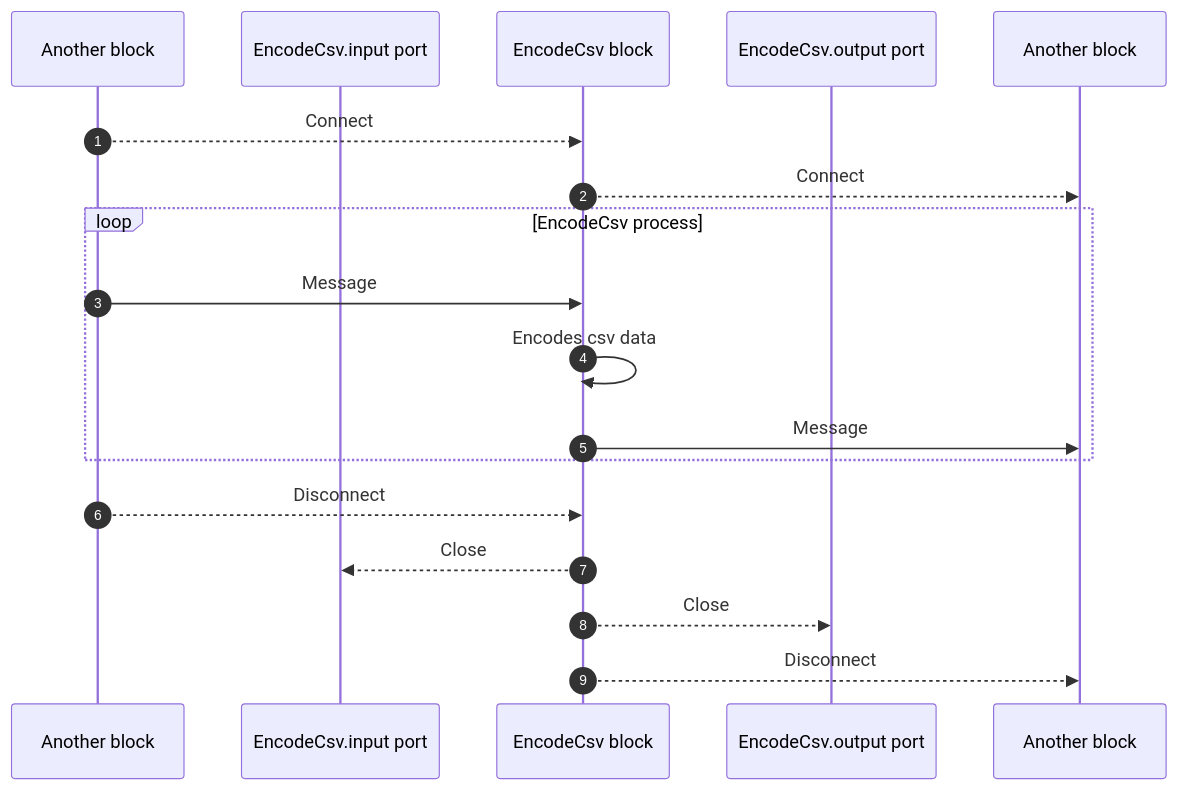
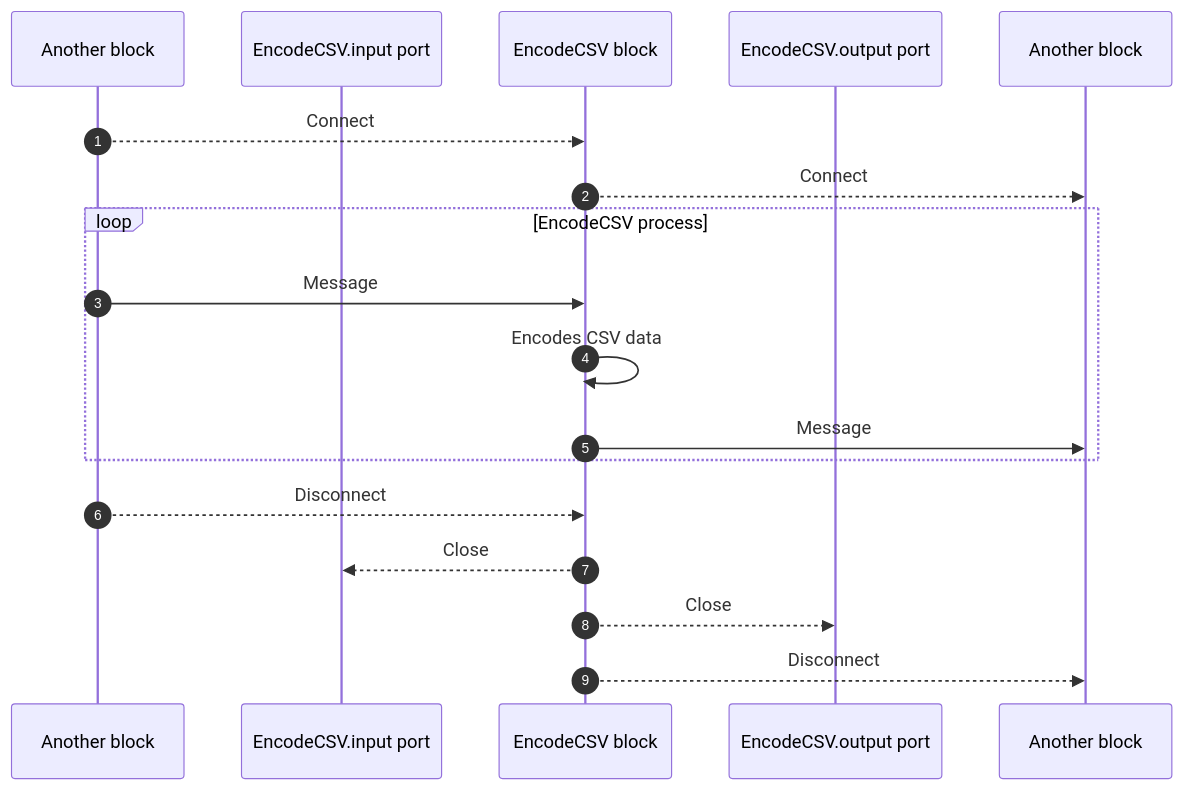
One commit to AsimovPlatform/protoflow changed the diagram in lib/protoflow-blocks/doc/text/encode_csv.seq.mmd. Above: the diagram before and after it, drawn with Mermaid. The commit also changed 11 other files, not shown here.

```diff
--- a/lib/protoflow-blocks/doc/text/encode_csv.seq.mmd
+++ b/lib/protoflow-blocks/doc/text/encode_csv.seq.mmd
@@ -1,21 +1,21 @@
 sequenceDiagram
     autonumber
     participant BlockA as Another block
-    participant EncodeCsv.input as EncodeCsv.input port
-    participant EncodeCsv as EncodeCsv block
-    participant EncodeCsv.output as EncodeCsv.output port
+    participant EncodeCSV.input as EncodeCSV.input port
+    participant EncodeCSV as EncodeCSV block
+    participant EncodeCSV.output as EncodeCSV.output port
     participant BlockB as Another block
 
-    BlockA-->>EncodeCsv: Connect
-    EncodeCsv-->>BlockB: Connect
+    BlockA-->>EncodeCSV: Connect
+    EncodeCSV-->>BlockB: Connect
 
-    loop EncodeCsv process
-        BlockA->>EncodeCsv: Message
-        EncodeCsv->>EncodeCsv: Encodes csv data
-        EncodeCsv->>BlockB: Message
+    loop EncodeCSV process
+        BlockA->>EncodeCSV: Message
+        EncodeCSV->>EncodeCSV: Encodes CSV data
+        EncodeCSV->>BlockB: Message
     end
 
-    BlockA-->>EncodeCsv: Disconnect
-    EncodeCsv-->>EncodeCsv.input: Close
-    EncodeCsv-->>EncodeCsv.output: Close
-    EncodeCsv-->>BlockB: Disconnect
+    BlockA-->>EncodeCSV: Disconnect
+    EncodeCSV-->>EncodeCSV.input: Close
+    EncodeCSV-->>EncodeCSV.output: Close
+    EncodeCSV-->>BlockB: Disconnect
```
